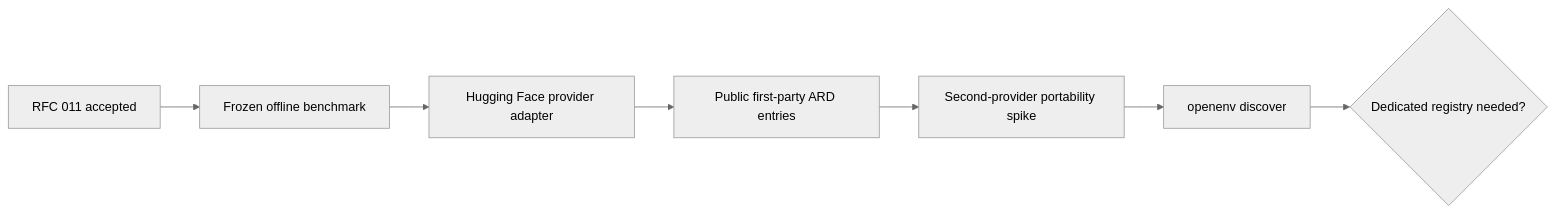
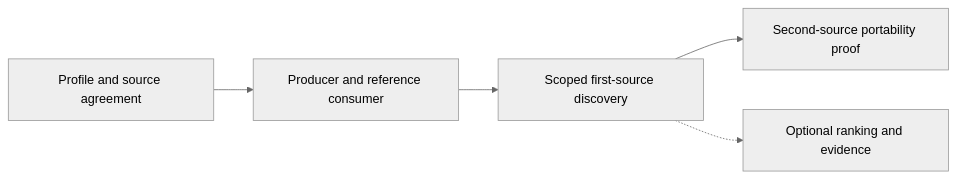
Before and after one commit to meta-pytorch/OpenEnv: the fourth of 4 diagrams in rfcs/011-ard-catalog-discovery.md, drawn with Mermaid (neutral theme). The commit also changed other lines of this file and 1 other file, not shown here.

Commit message:
docs: refocus RFC 011 on versioned discovery metadata

````diff
--- a/rfcs/011-ard-catalog-discovery.md
+++ b/rfcs/011-ard-catalog-discovery.md
@@ -791,12 +593,7 @@
 ```mermaid
 flowchart LR
-  RFC["RFC 011 accepted"]
-  Benchmark["Frozen offline benchmark"]
-  Adapter["Hugging Face provider adapter"]
-  Entries["Public first-party ARD entries"]
-  Second["Second-provider portability spike"]
-  CLI["openenv discover"]
-  Registry{"Dedicated registry needed?"}
-
-  RFC --> Benchmark --> Adapter --> Entries --> Second --> CLI --> Registry
+  Contract["Profile and source agreement"] --> Slice["Producer and reference consumer"]
+  Slice --> First["Scoped first-source discovery"]
+  First --> Second["Second-source portability proof"]
+  First -.-> Ranking["Optional ranking and evidence"]
 ```
````
